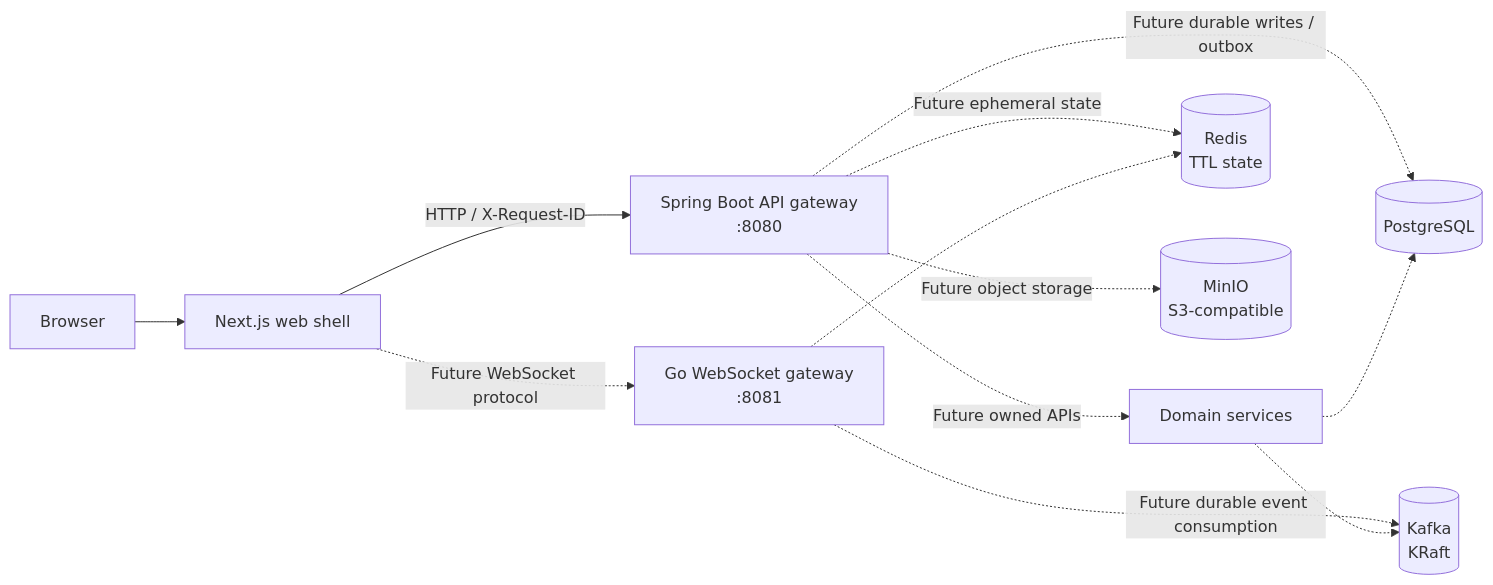
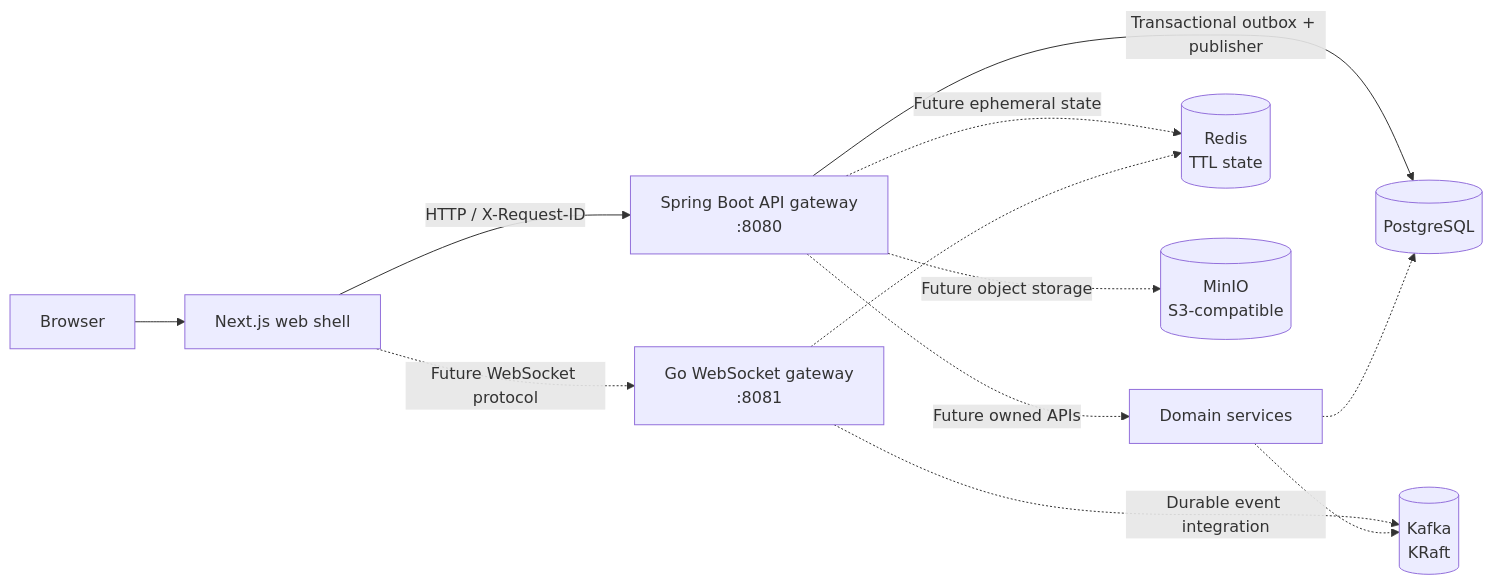
The diagram in README.md (pentest200/Uvya), drawn with Mermaid before and after one commit. The commit also changed other lines of this file and 48 other files, not shown here.

Commit message:
feat: add Kafka event backbone and idempotent consumers

````diff
--- a/README.md
+++ b/README.md
@@ -132,16 +133,16 @@
 ```mermaid
 flowchart LR
     Browser[Browser] --> Web[Next.js web shell]
     Web -->|HTTP / X-Request-ID| API[Spring Boot API gateway\n:8080]
     Web -.->|Future WebSocket protocol| WS[Go WebSocket gateway\n:8081]
 
     API -.->|Future owned APIs| Domain[Domain services]
-    WS -.->|Future durable event consumption| Kafka[(Kafka\nKRaft)]
-    API -.->|Future durable writes / outbox| Postgres[(PostgreSQL)]
+    WS -.->|Durable event integration| Kafka[(Kafka\nKRaft)]
+    API -->|Transactional outbox + publisher| Postgres[(PostgreSQL)]
     API -.->|Future ephemeral state| Redis[(Redis\nTTL state)]
     API -.->|Future object storage| MinIO[(MinIO\nS3-compatible)]
 
     Domain -.-> Postgres
     Domain -.-> Kafka
     WS -.-> Redis
 ```
````
